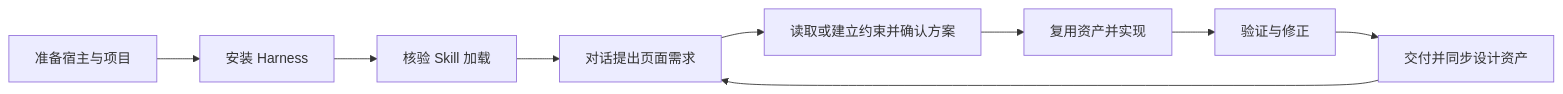
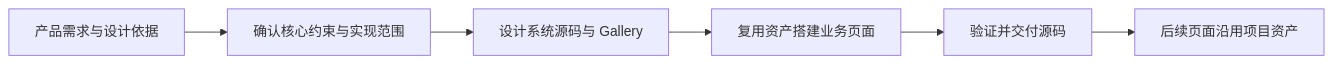
Before and after one commit to Tree080730/ai-design-workflow: the diagram in README.zh-CN.md, drawn with Mermaid. The commit also changed other lines of this file and 23 other files, not shown here.

````diff
--- a/README.zh-CN.md
+++ b/README.zh-CN.md
@@ -55,11 +59,8 @@
 ```mermaid
 flowchart LR
-    A[准备宿主与项目] --> B[安装 Harness]
-    B --> C[核验 Skill 加载]
-    C --> D[对话提出页面需求]
-    D --> E[读取或建立约束并确认方案]
-    E --> F[复用资产并实现]
-    F --> G[验证与修正]
-    G --> H[交付并同步设计资产]
-    H --> D
+    A[产品需求与设计依据] --> B[确认核心约束与实现范围]
+    B --> C[设计系统源码与 Gallery]
+    C --> D[复用资产搭建业务页面]
+    D --> E[验证并交付源码]
+    E --> F[后续页面沿用项目资产]
 ```
````
